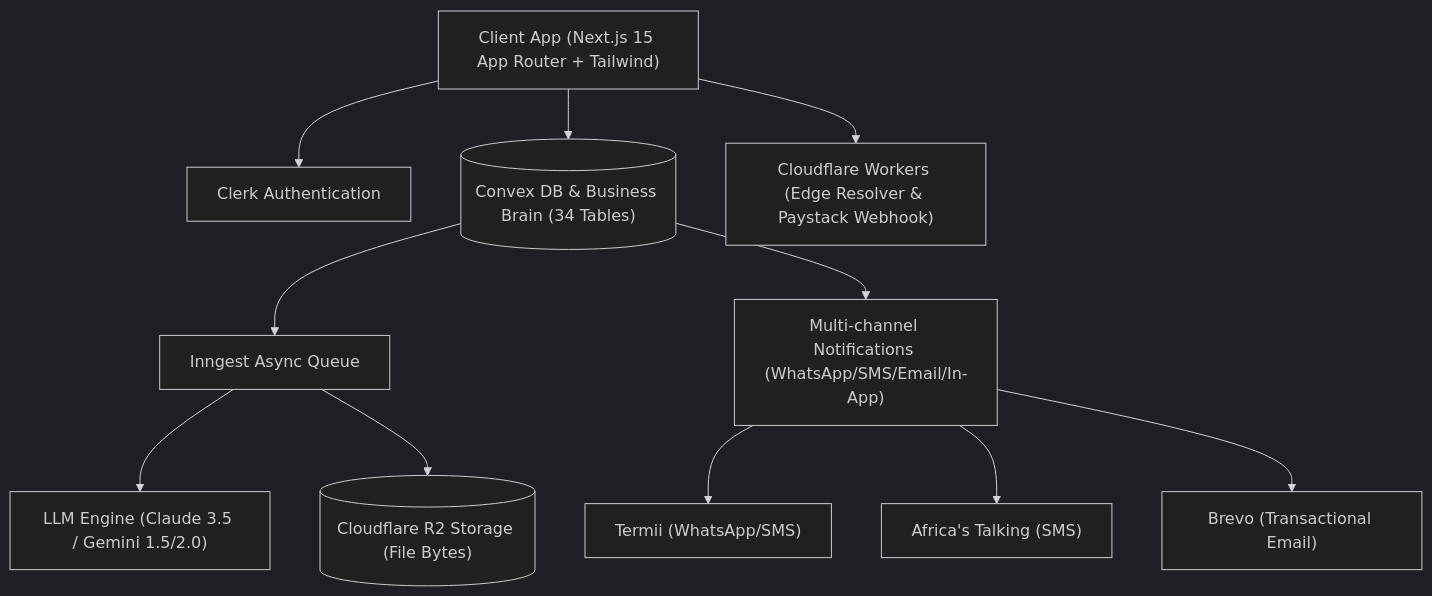
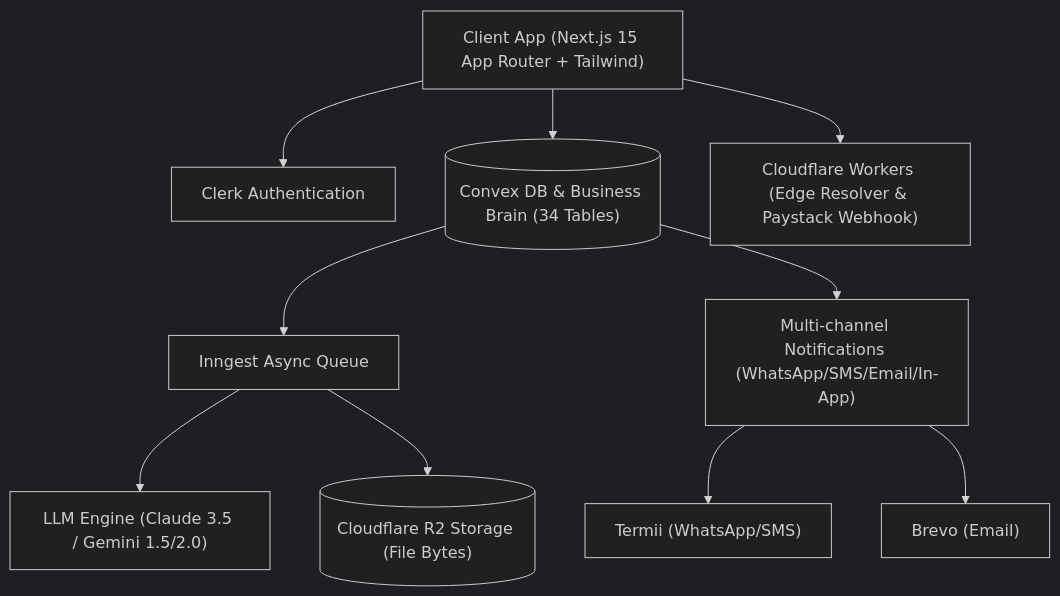
The diagram in README.md (Pasturjay/ai-business-passport), drawn with Mermaid (dark theme) before and after one commit. The commit also changed other lines of this file and 12 other files, not shown here.

Commit message:
feat: rebrand platform to Modus, add app.modus.ng, partners.modus.ng, admin.modus.ng domain extensions, role onboarding flows & security SEO headers

````diff
--- a/README.md
+++ b/README.md
@@ -39,15 +52,14 @@
 ```mermaid
 flowchart TD
     Client["Client App (Next.js 15 App Router + Tailwind)"] --> Auth["Clerk Authentication"]
     Client --> DB[("Convex DB & Business Brain (34 Tables)")]
     Client --> Workers["Cloudflare Workers (Edge Resolver & Paystack Webhook)"]
     
     DB --> Inngest["Inngest Async Queue"]
     Inngest --> LLM["LLM Engine (Claude 3.5 / Gemini 1.5/2.0)"]
     Inngest --> Storage[("Cloudflare R2 Storage (File Bytes)")]
     
     DB --> Dispatcher["Multi-channel Notifications (WhatsApp/SMS/Email/In-App)"]
     Dispatcher --> Termii["Termii (WhatsApp/SMS)"]
-    Dispatcher --> AfricaTalking["Africa's Talking (SMS)"]
-    Dispatcher --> Brevo["Brevo (Transactional Email)"]
+    Dispatcher --> Brevo["Brevo (Email)"]
 ```
````
